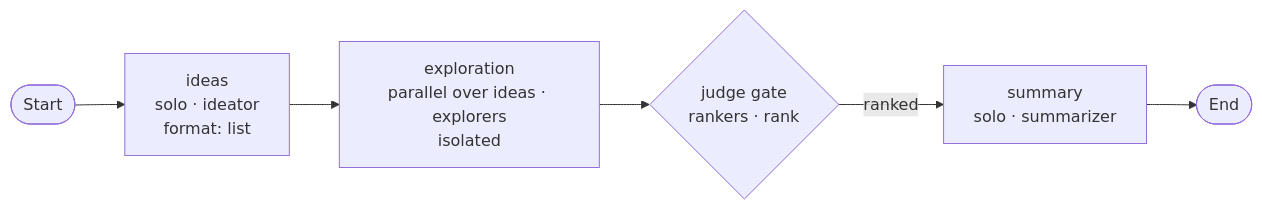
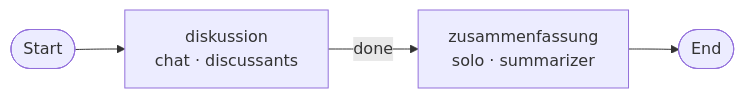
One commit to LinoBugia/agentic-research-runner changed the fifth of 6 diagrams in docs/research-groups.md. Above: the diagram before and after it, drawn with Mermaid. The commit also changed other lines of this file and 2 other files, not shown here.

First line of the commit message:
Doku: Start-Skills als Phasen, moderated, privater Kanal

````diff
--- a/docs/research-groups.md
+++ b/docs/research-groups.md
@@ -293,8 +310,6 @@
 ```mermaid
 flowchart LR
-  S(["Start"]) --> I["ideas<br/>solo · ideator<br/>format: list"]
-  I --> X["exploration<br/>parallel over ideas · explorers<br/>isolated"]
-  X --> G{"judge gate<br/>rankers · rank"}
-  G -->|ranked| Z["summary<br/>solo · summarizer"]
+  S(["Start"]) --> D["diskussion<br/>chat · discussants"]
+  D -->|done| Z["zusammenfassung<br/>solo · summarizer"]
   Z --> E(["End"])
 ```
````
